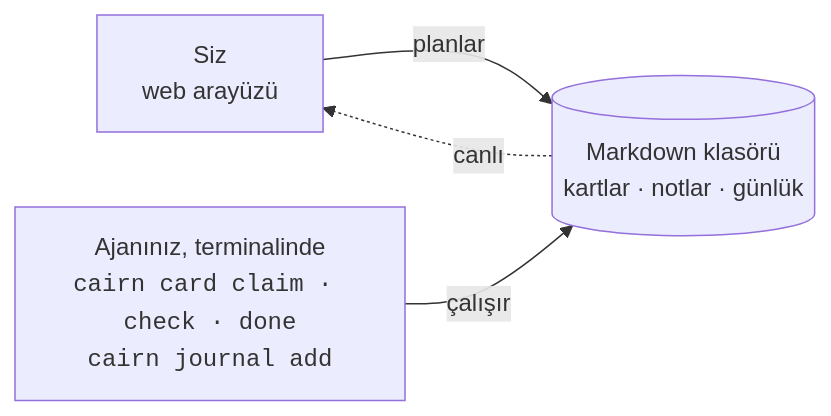
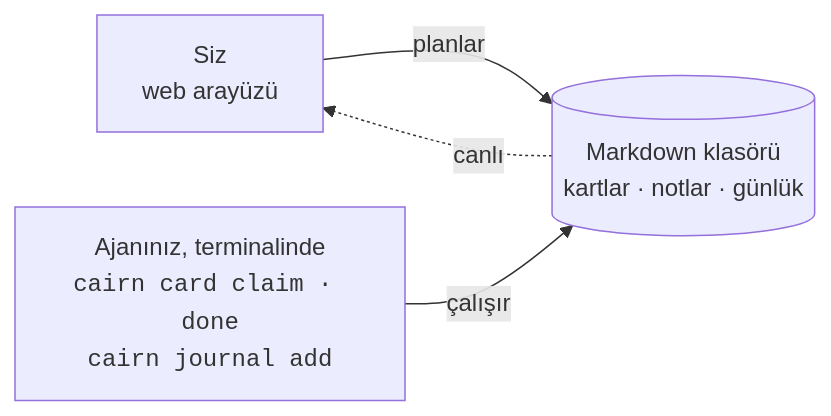
The diagram in README.tr.md (Zenginby/cairnboard), drawn with Mermaid before and after one commit. The commit also changed 1 other file, not shown here.

Commit message:
docs: keep README diagram lines within 120 characters

````diff
--- a/README.tr.md
+++ b/README.tr.md
@@ -41,9 +41,9 @@
 ```mermaid
 flowchart LR
     you["Siz<br/>web arayüzü"]
     data[("Markdown klasörü<br/>kartlar · notlar · günlük")]
-    agent["Ajanınız, terminalinde<br/><code>cairn card claim · check · done</code><br/><code>cairn journal add</code>"]
+    agent["Ajanınız, terminalinde<br/><code>cairn card claim · done</code><br/><code>cairn journal add</code>"]
     you -->|planlar| data
     data -.->|canlı| you
     agent -->|çalışır| data
 ```
````
